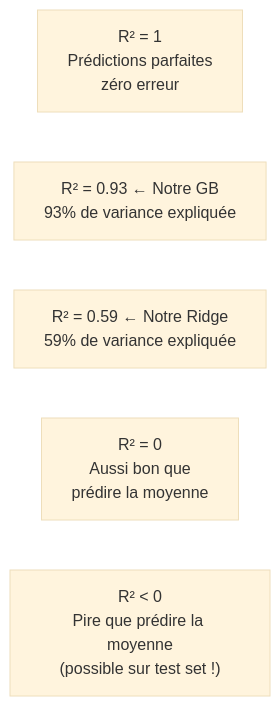
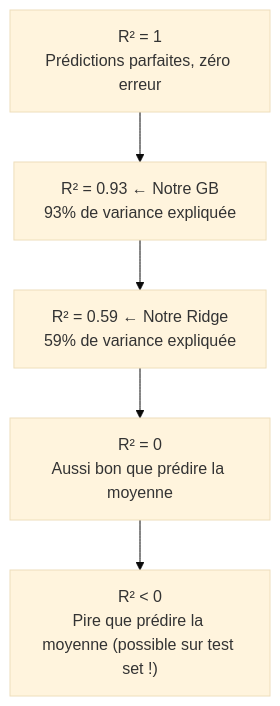
One commit to arnvudl/Concrete_Compressive_Strength changed the diagram in docs/fiches/02_metriques_regression.md. Above: the diagram before and after it, drawn with Mermaid (base theme). The commit also changed other lines of this file and 10 other files, not shown here.

````diff
--- a/docs/fiches/02_metriques_regression.md
+++ b/docs/fiches/02_metriques_regression.md
@@ -62,8 +62,10 @@
 ```mermaid
-graph LR
-    R2_1["R² = 1\nPrédictions parfaites\nzéro erreur"] 
-    R2_09["R² = 0.93 ← Notre GB\n93% de variance expliquée"]
-    R2_05["R² = 0.59 ← Notre Ridge\n59% de variance expliquée"]
-    R2_0["R² = 0\nAussi bon que\nprédire la moyenne"]
-    R2_NEG["R² < 0\nPire que prédire la moyenne\n(possible sur test set !)"]
+graph TD
+    R2_1["R² = 1<br/>Prédictions parfaites, zéro erreur"]
+    R2_09["R² = 0.93 ← Notre GB<br/>93% de variance expliquée"]
+    R2_05["R² = 0.59 ← Notre Ridge<br/>59% de variance expliquée"]
+    R2_0["R² = 0<br/>Aussi bon que prédire la moyenne"]
+    R2_NEG["R² < 0<br/>Pire que prédire la moyenne (possible sur test set !)"]
+
+    R2_1 --> R2_09 --> R2_05 --> R2_0 --> R2_NEG
 ```
````
